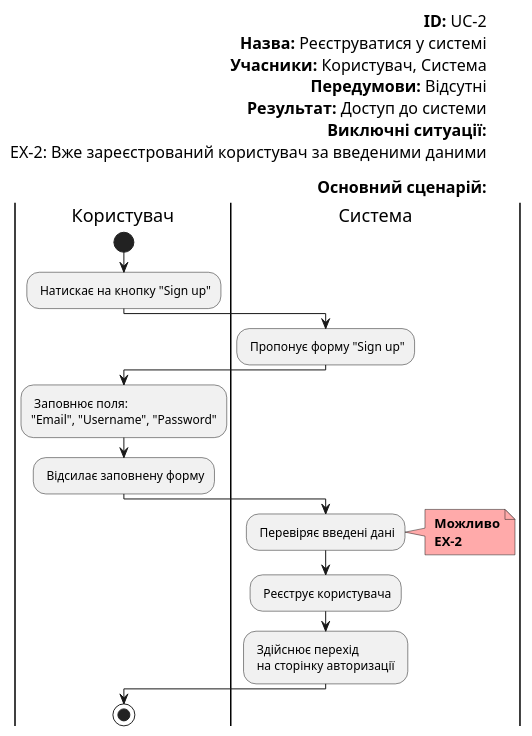
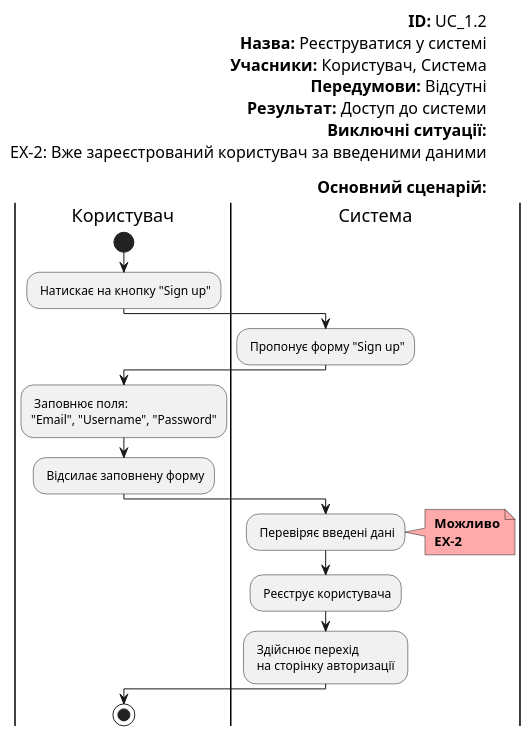
Before and after one commit to horidor/open-data-management-system: the sixth of 6 diagrams in docs/use cases/README.md, drawn with PlantUML.

```diff
--- a/docs/use cases/README.md
+++ b/docs/use cases/README.md
@@ -178,33 +178,33 @@
 @startuml
 
     left header
-        <font color=000 size=16><b>ID:</b> UC-2
+        <font color=000 size=16><b>ID:</b> UC_1.2
         <font color=000 size=16><b>Назва:</b> Реєструватися у системі
         <font color=000 size=16><b>Учасники:</b> Користувач, Система
         <font color=000 size=16><b>Передумови:</b> Відсутні
         <font color=000 size=16><b>Результат:</b> Доступ до системи
         <font color=000 size=16><b>Виключні ситуації:</b>
         <font color=000 size=16>EX-2: Вже зареєстрований користувач за введеними даними
         
         <font color=000 size=16><b>Основний сценарій:</b>
     end header
 
     |Користувач|
         start
         : Натискає на кнопку "Sign up";
     |Система|
         : Пропонує форму "Sign up";
     |Користувач|
         : Заповнює поля:\n"Email", "Username", "Password";
         : Відсилає заповнену форму;
     |Система|
         : Перевіряє введені дані;
         note right #ffaaaa
         <b> Можливо
         <b> EX-2
         end note
         : Реєструє користувача;
         : Здійснює перехід\n на сторінку авторизації ;
     |Користувач|
         stop;
 @enduml
```
